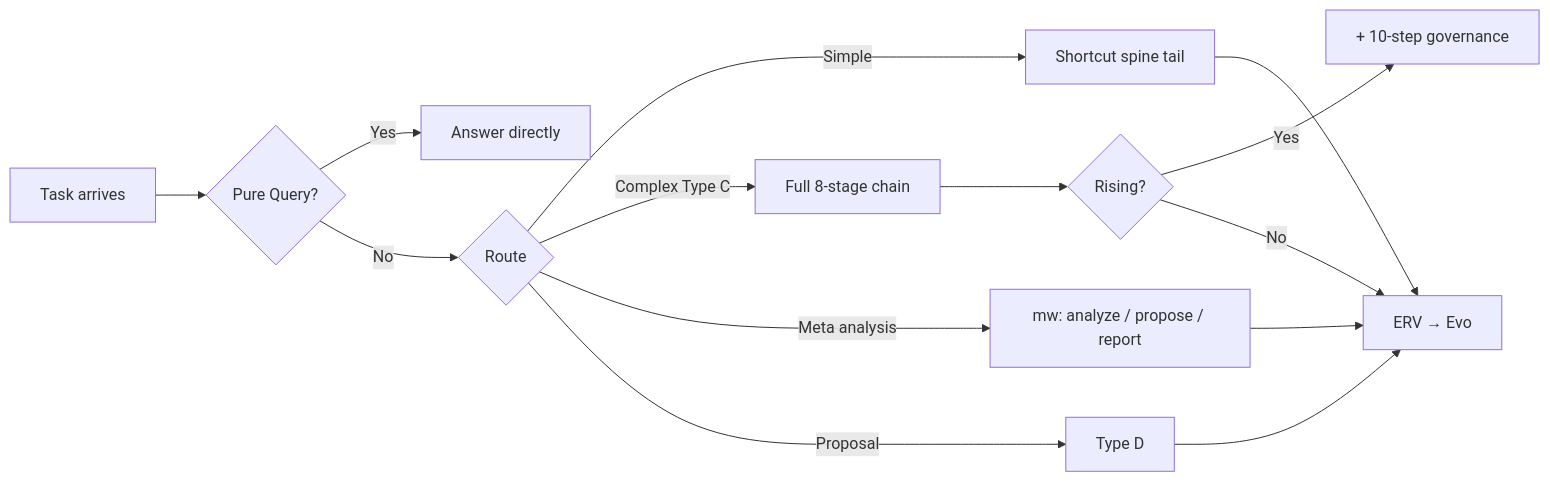
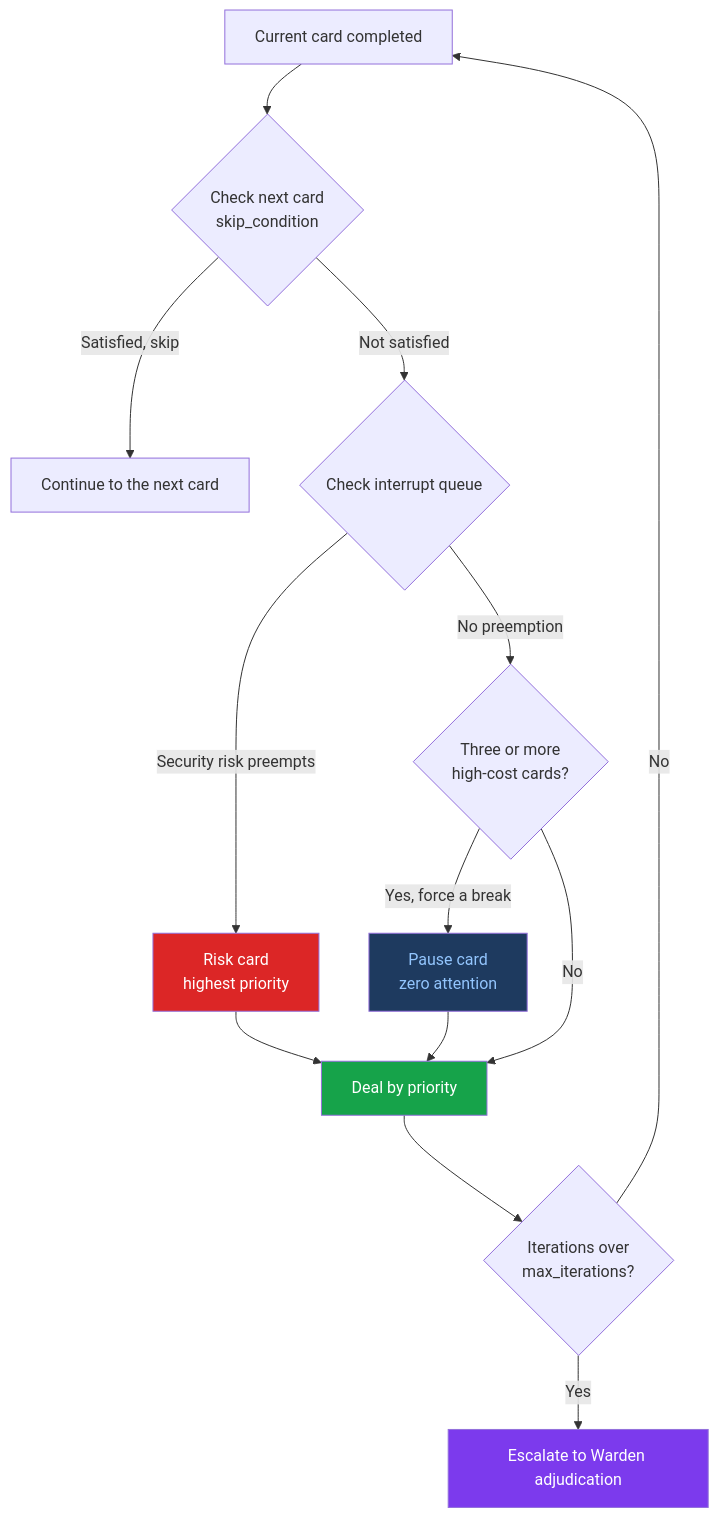
Before and after one commit to limda007/Meta_Kim: the fifth of 9 diagrams in README.md, drawn with Mermaid. The commit also changed other lines of this file and 22 other files, not shown here.

````diff
--- a/README.md
+++ b/README.md
@@ -501,16 +337,20 @@
 ```mermaid
-flowchart LR
-  T[Task arrives] --> Q{Pure Query?}
-  Q -->|Yes| D[Answer directly]
-  Q -->|No| K{Route}
-  K -->|Simple| P1[Shortcut spine tail]
-  K -->|Complex Type C| P2[Full 8-stage chain]
-  K -->|Meta analysis| P3[mw: analyze / propose / report]
-  K -->|Proposal| P4[Type D]
-  P1 --> E[ERV → Evo]
-  P2 --> UP{Rising?}
-  UP -->|Yes| G["+ 10-step governance"]
-  UP -->|No| E
-  P3 --> E
-  P4 --> E
+flowchart TD
+    START[Current card completed] --> SKIP{Check next card<br/>skip_condition}
+    SKIP -->|Satisfied, skip| NEXT[Continue to the next card]
+    SKIP -->|Not satisfied| INTR{Check interrupt queue}
+    INTR -->|Security risk preempts| RISK[Risk card<br/>highest priority]
+    INTR -->|No preemption| PAUSE{Three or more<br/>high-cost cards?}
+    PAUSE -->|Yes, force a break| P[Pause card<br/>zero attention]
+    PAUSE -->|No| DEAL[Deal by priority]
+    RISK --> DEAL
+    P --> DEAL
+    DEAL --> COUNT{Iterations over<br/>max_iterations?}
+    COUNT -->|Yes| WARDEN[Escalate to Warden adjudication]
+    COUNT -->|No| START
+
+    style RISK fill:#dc2626,color:#fff
+    style P fill:#1e3a5f,color:#93c5fd
+    style WARDEN fill:#7c3aed,color:#fff
+    style DEAL fill:#16a34a,color:#fff
 ```
````
